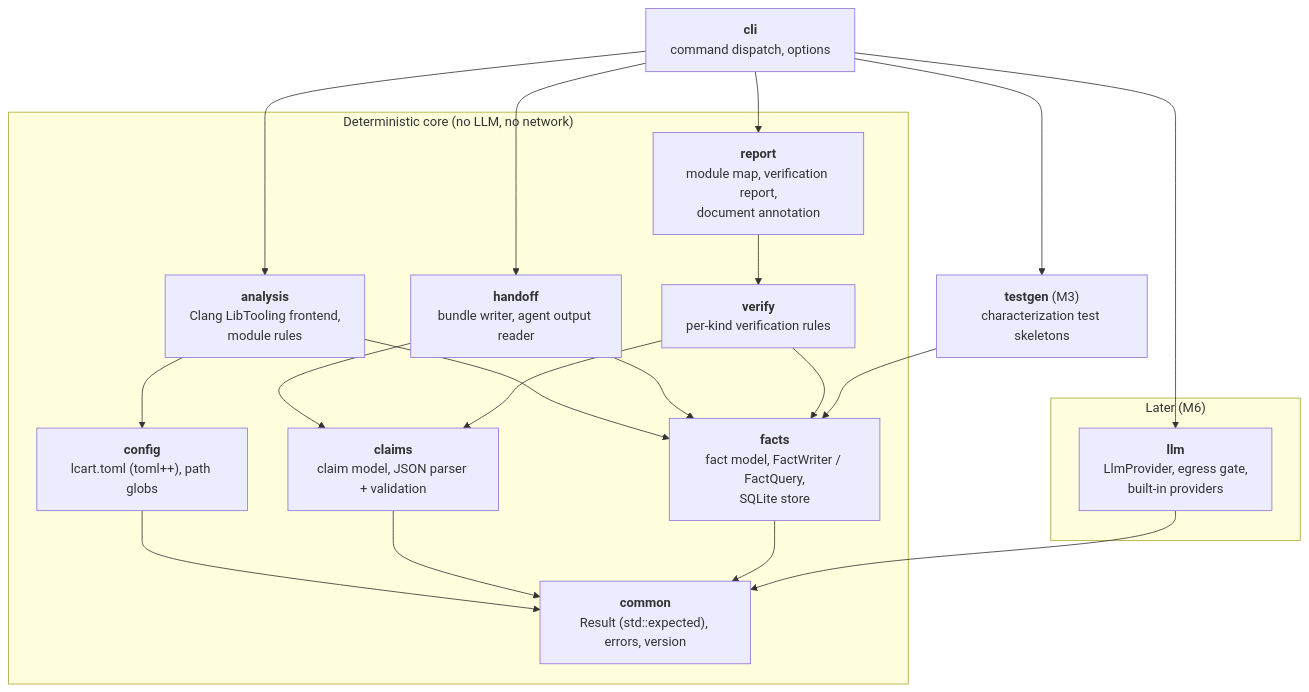
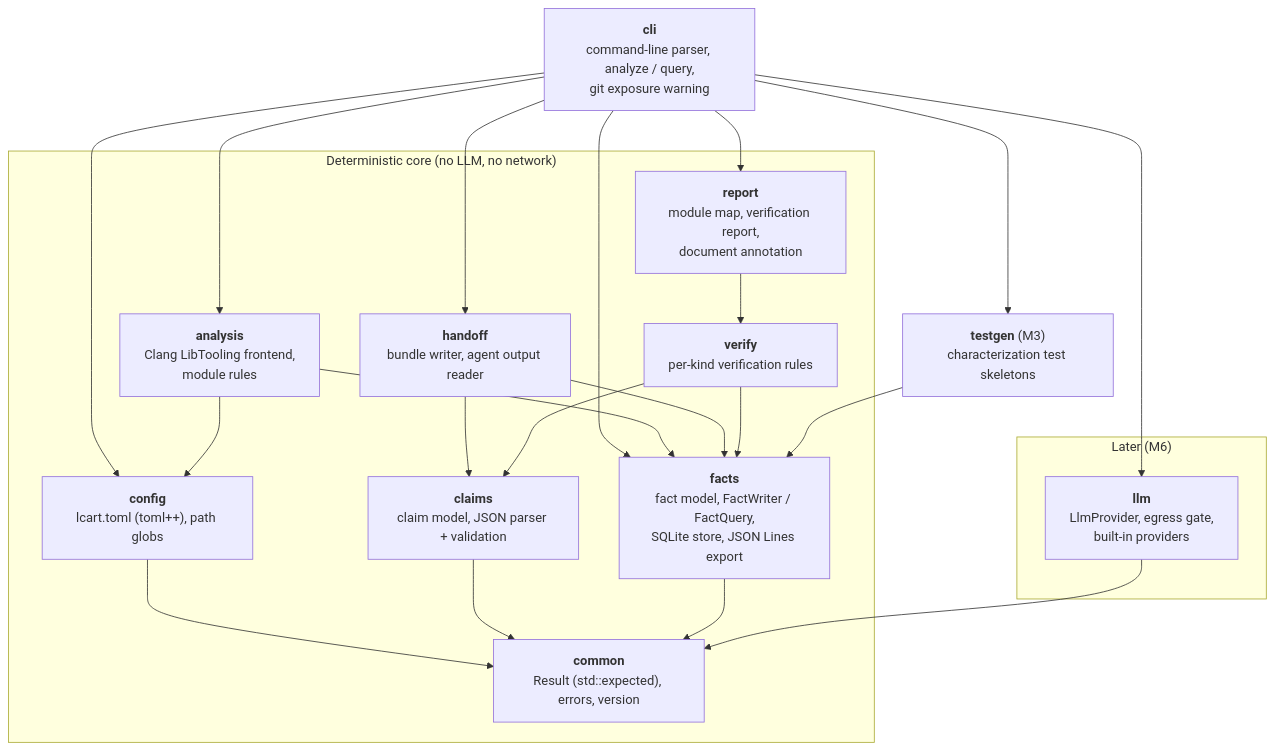
Before and after one commit to Tomek52/legacy-cartographer: the diagram in docs/architecture/c4-component.md, drawn with Mermaid. The commit also changed 6 other files, not shown here.

First line of the commit message:
docs: mark B-12 done and update architecture, security and status

````diff
--- a/docs/architecture/c4-component.md
+++ b/docs/architecture/c4-component.md
@@ -6,32 +6,32 @@
 ```mermaid
 flowchart TB
-    cli["<b>cli</b><br/>command dispatch, options"]
+    cli["<b>cli</b><br/>command-line parser, analyze / query,<br/>git exposure warning"]
 
     subgraph det["Deterministic core (no LLM, no network)"]
         analysis["<b>analysis</b><br/>Clang LibTooling frontend,<br/>module rules"]
         config["<b>config</b><br/>lcart.toml (toml++), path globs"]
-        facts["<b>facts</b><br/>fact model, FactWriter / FactQuery,<br/>SQLite store"]
+        facts["<b>facts</b><br/>fact model, FactWriter / FactQuery,<br/>SQLite store, JSON Lines export"]
         claims["<b>claims</b><br/>claim model, JSON parser + validation"]
         verify["<b>verify</b><br/>per-kind verification rules"]
         report["<b>report</b><br/>module map, verification report,<br/>document annotation"]
         handoff["<b>handoff</b><br/>bundle writer, agent output reader"]
         common["<b>common</b><br/>Result (std::expected), errors, version"]
     end
 
     subgraph later["Later (M6)"]
         llm["<b>llm</b><br/>LlmProvider, egress gate,<br/>built-in providers"]
     end
 
     testgen["<b>testgen</b> (M3)<br/>characterization test skeletons"]
 
-    cli --> analysis & report & handoff & llm & testgen
+    cli --> analysis & config & facts & report & handoff & llm & testgen
     analysis --> facts & config
     config --> common
     handoff --> claims & facts
     verify --> claims & facts
     report --> verify
     claims --> common
     facts --> common
     llm --> common
     testgen --> facts
 ```
````
